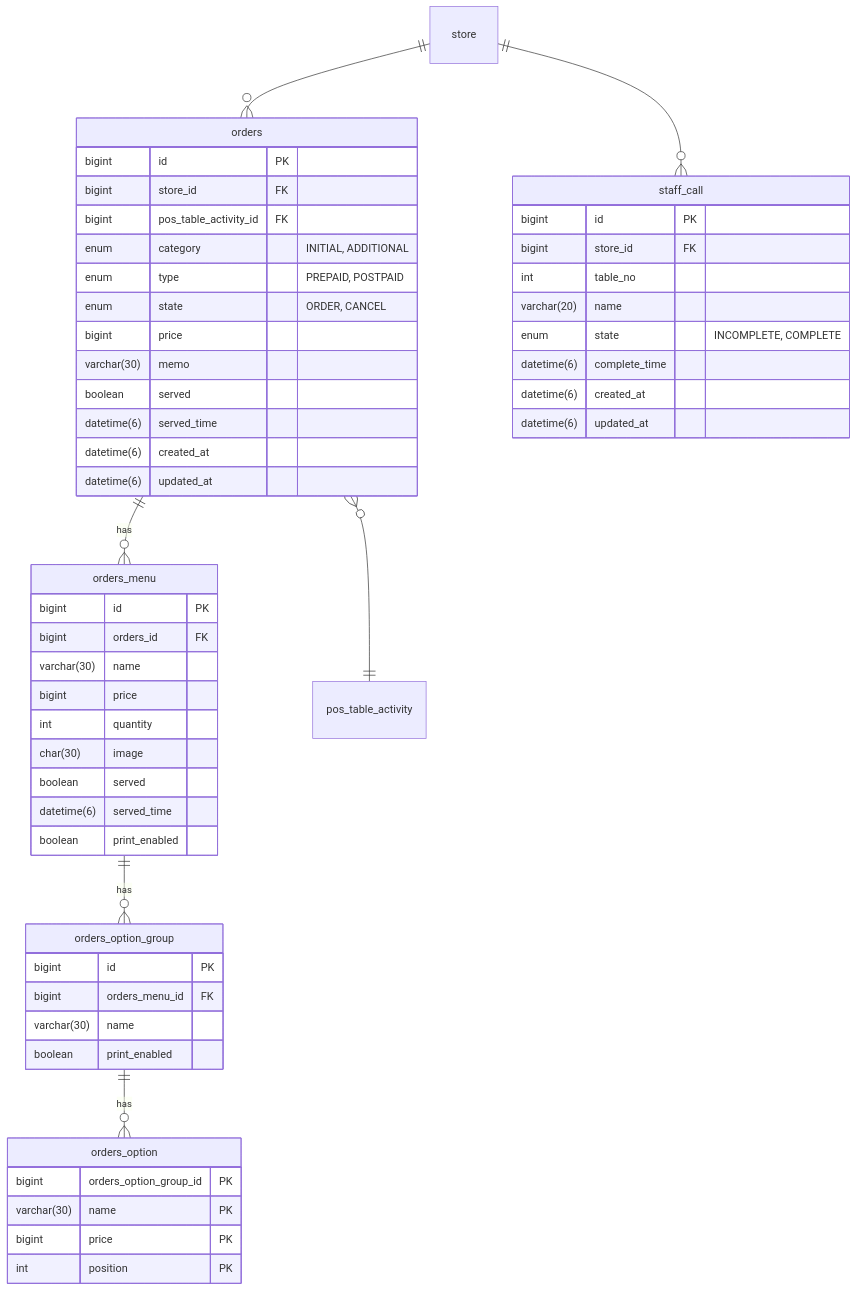
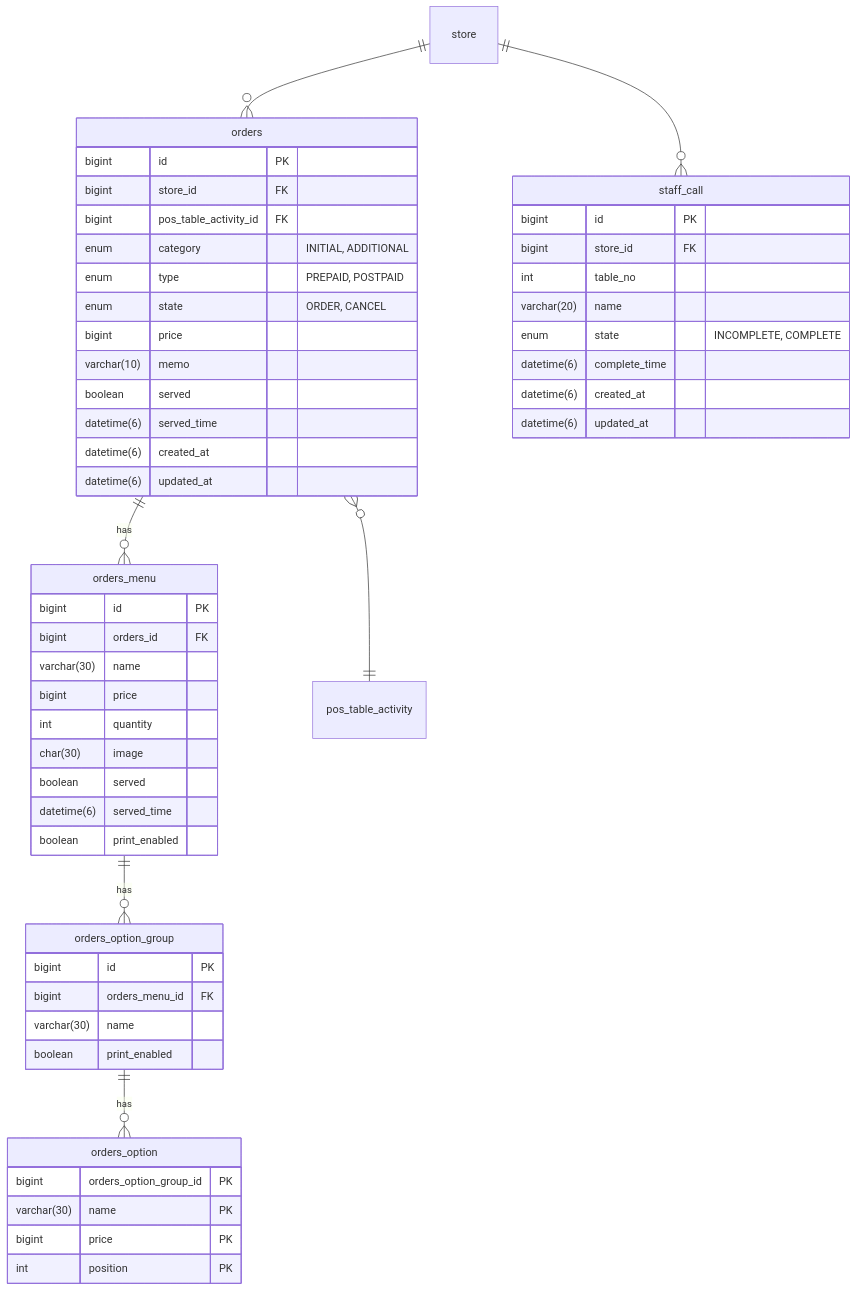
Before and after one commit to everyonewaiter/documentation: the eighth of 10 diagrams in backend/ERD.md, drawn with Mermaid. The commit also changed other lines of this file, not shown here.

Commit message:
docs: ERD 문서 업데이트

````diff
--- a/backend/ERD.md
+++ b/backend/ERD.md
@@ -282,61 +262,61 @@
 ```mermaid
 erDiagram
     store ||--o{ orders: ""
     store ||--o{ staff_call: ""
     orders ||--o{ orders_menu: "has"
     orders o{--|| pos_table_activity: ""
     orders_menu ||--o{ orders_option_group: "has"
     orders_option_group ||--o{ orders_option: "has"
 
     orders {
         bigint id PK
         bigint store_id FK
         bigint pos_table_activity_id FK
         enum category "INITIAL, ADDITIONAL"
         enum type "PREPAID, POSTPAID"
         enum state "ORDER, CANCEL"
         bigint price
-        varchar(30) memo
+        varchar(10) memo
         boolean served
         datetime(6) served_time
         datetime(6) created_at
         datetime(6) updated_at
     }
 
     orders_menu {
         bigint id PK
         bigint orders_id FK
         varchar(30) name
         bigint price
         int quantity
         char(30) image
         boolean served
         datetime(6) served_time
         boolean print_enabled
     }
 
     orders_option_group {
         bigint id PK
         bigint orders_menu_id FK
         varchar(30) name
         boolean print_enabled
     }
 
     orders_option {
         bigint orders_option_group_id PK
         varchar(30) name PK
         bigint price PK
         int position PK
     }
 
     staff_call {
         bigint id PK
         bigint store_id FK
         int table_no
         varchar(20) name
         enum state "INCOMPLETE, COMPLETE"
         datetime(6) complete_time
         datetime(6) created_at
         datetime(6) updated_at
     }
 ```
````
